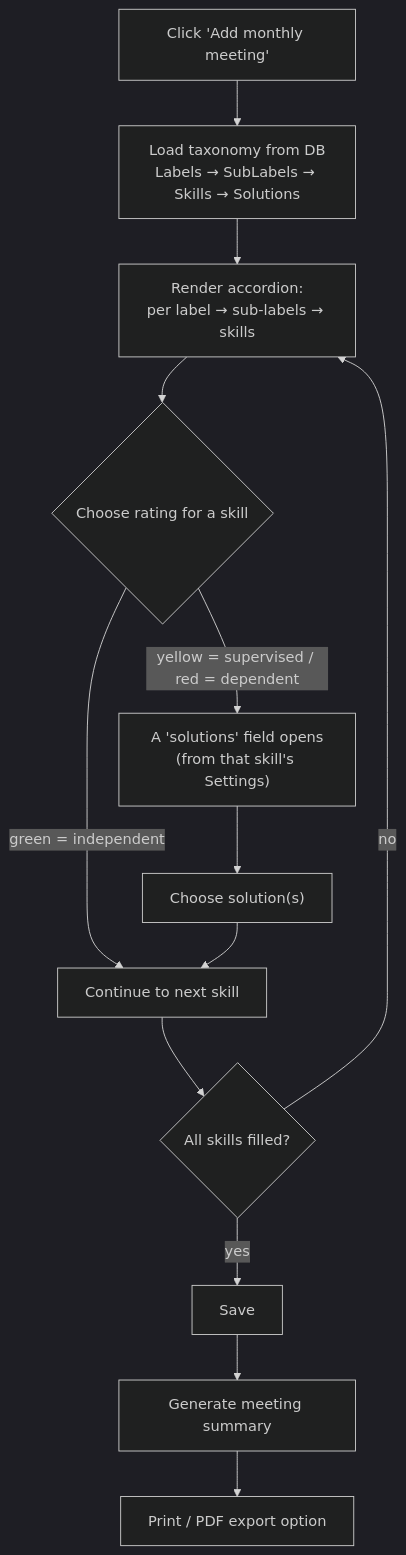
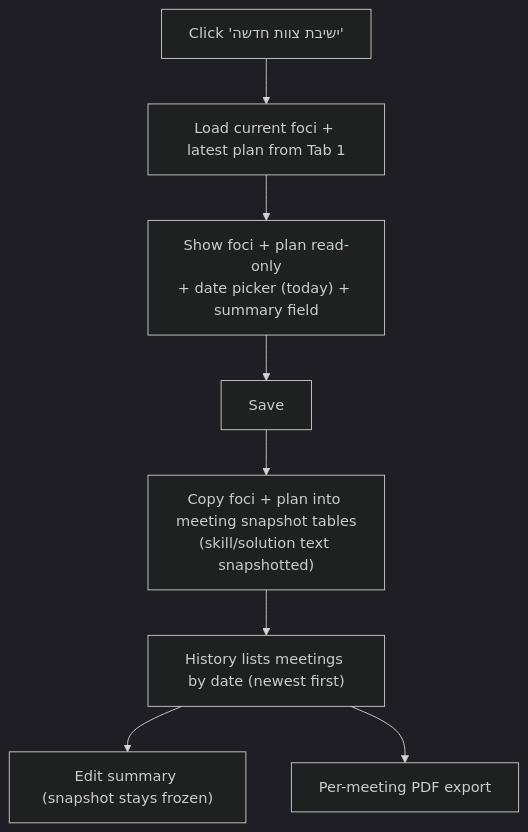
Before and after one commit to YossiCharash/aleisiach-student-care: the third of 7 diagrams in ARCHITECTURE.md, drawn with Mermaid (dark theme). The commit also changed other lines of this file and 36 other files, not shown here.

````diff
--- a/ARCHITECTURE.md
+++ b/ARCHITECTURE.md
@@ -257,15 +271,10 @@
 ```mermaid
 flowchart TD
-    A["Click 'Add monthly meeting'"] --> B["Load taxonomy from DB\nLabels → SubLabels → Skills → Solutions"]
-    B --> C["Render accordion:\nper label → sub-labels → skills"]
-    C --> D{"Choose rating for a skill"}
-    D -->|green = independent| E["Continue to next skill"]
-    D -->|yellow = supervised / red = dependent| F["A 'solutions' field opens\n(from that skill's Settings)"]
-    F --> G["Choose solution(s)"]
-    G --> E
-    E --> H{"All skills filled?"}
-    H -->|no| C
-    H -->|yes| I["Save"]
-    I --> J["Generate meeting summary"]
-    J --> L["Print / PDF export option"]
+    A["Click 'ישיבת צוות חדשה'"] --> B["Load current foci + latest plan from Tab 1"]
+    B --> C["Show foci + plan read-only\n+ date picker (today) + summary field"]
+    C --> I["Save"]
+    I --> J["Copy foci + plan into meeting snapshot tables\n(skill/solution text snapshotted)"]
+    J --> K["History lists meetings by date (newest first)"]
+    K --> M["Edit summary (snapshot stays frozen)"]
+    K --> L["Per-meeting PDF export"]
 ```
````
